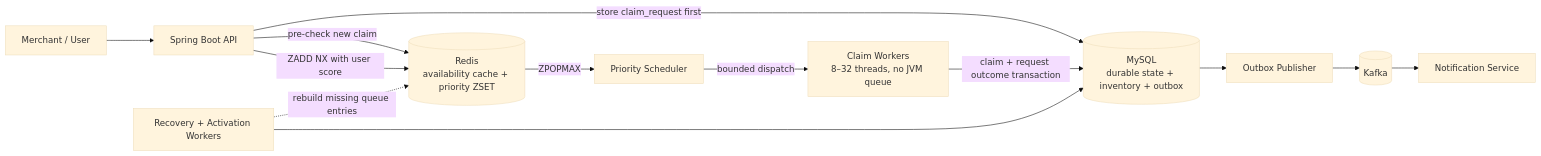
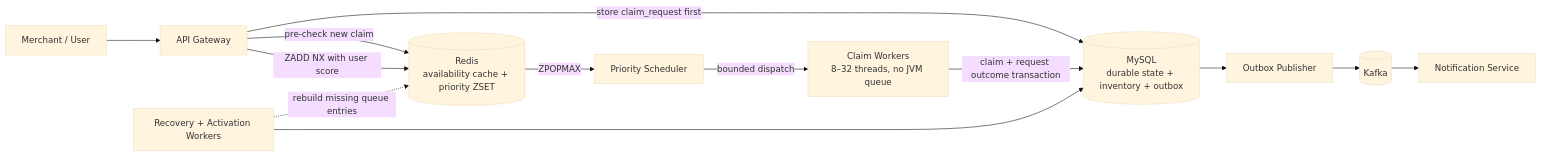
Before and after one commit to PhamDinhDuy-2508/Voucher-claim-system: the first of 16 diagrams in SOLUTION.md, drawn with Mermaid (base theme).

Commit message:
docs: label API gateway in high level architecture

````diff
--- a/SOLUTION.md
+++ b/SOLUTION.md
@@ -148,15 +148,15 @@
 ```mermaid
 flowchart LR
-    U[Merchant / User] --> API[Spring Boot API]
+    U[Merchant / User] --> API[API Gateway]
     API -->|pre-check new claim| R[(Redis<br/>availability cache + priority ZSET)]
     API -->|store claim_request first| DB[(MySQL<br/>durable state + inventory + outbox)]
     API -->|ZADD NX with user score| R
     R -->|ZPOPMAX| S[Priority Scheduler]
     S -->|bounded dispatch| W[Claim Workers<br/>8–32 threads, no JVM queue]
     W -->|claim + request outcome transaction| DB
     RW[Recovery + Activation Workers] --> DB
     RW -. rebuild missing queue entries .-> R
     DB --> OP[Outbox Publisher]
     OP --> K[(Kafka)]
     K --> NS[Notification Service]
 ```
````
